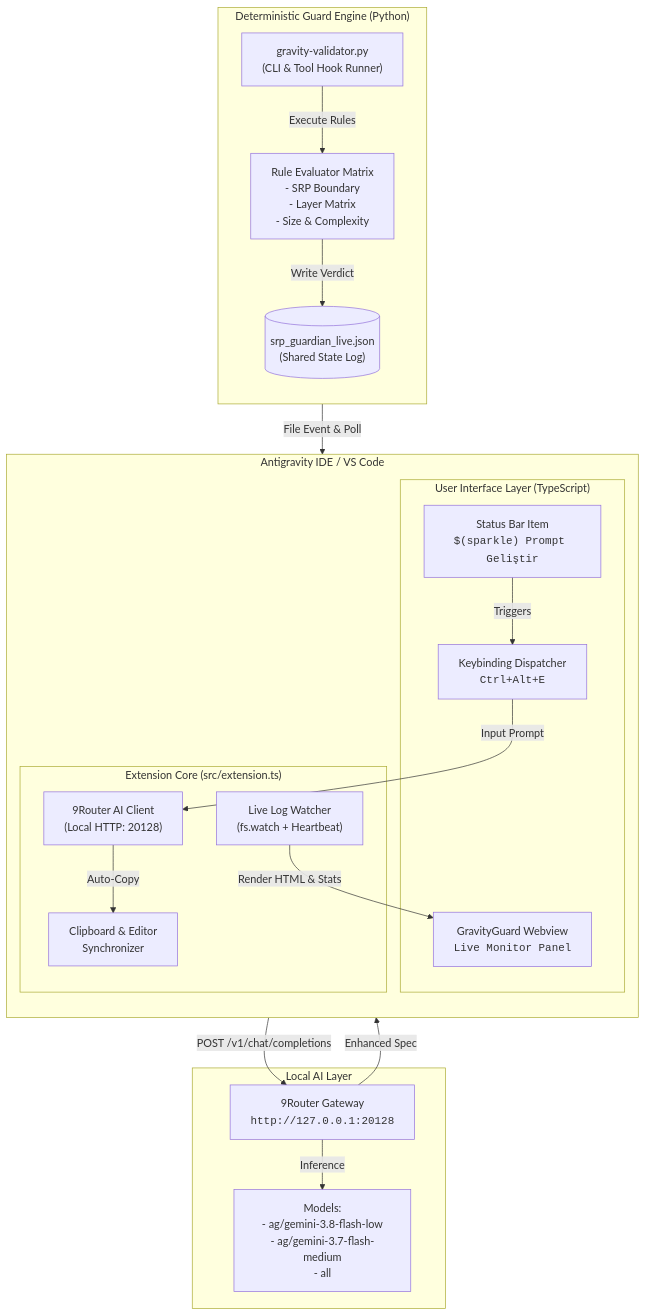
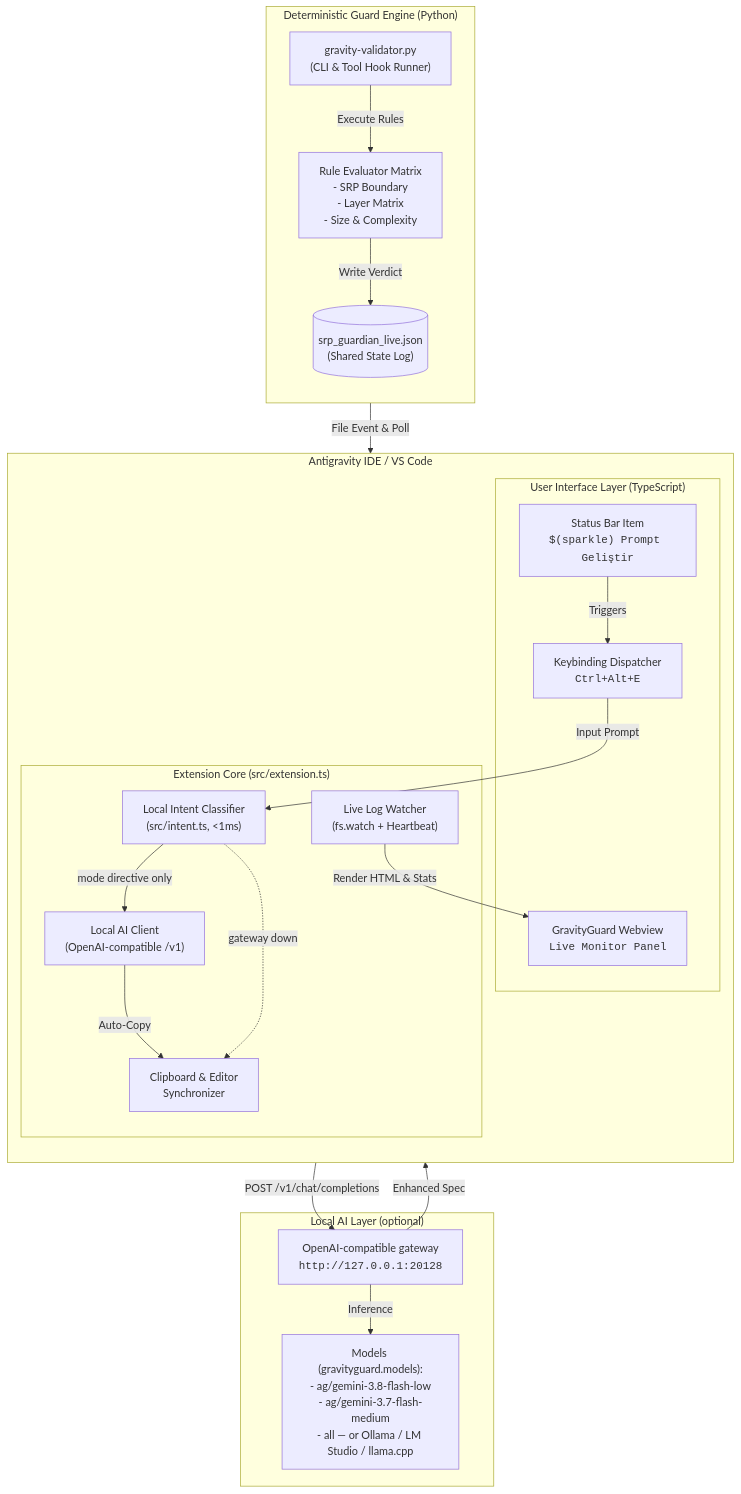
One commit to halilogia/GravityGuard changed the first of 2 diagrams in ARCHITECTURE.md. Above: the diagram before and after it, drawn with Mermaid. The commit also changed other lines of this file and 10 other files, not shown here.

````diff
--- a/ARCHITECTURE.md
+++ b/ARCHITECTURE.md
@@ -11,42 +11,45 @@
 ```mermaid
 flowchart TD
     subgraph Host IDE ["Antigravity IDE / VS Code"]
         direction TB
         subgraph UI ["User Interface Layer (TypeScript)"]
             SB["Status Bar Item<br/><code>$(sparkle) Prompt Geliştir</code>"]
             WV["GravityGuard Webview<br/><code>Live Monitor Panel</code>"]
             KB["Keybinding Dispatcher<br/><code>Ctrl+Alt+E</code>"]
         end
 
         subgraph CoreExt ["Extension Core (src/extension.ts)"]
-            RouterClient["9Router AI Client<br/>(Local HTTP: 20128)"]
+            Intent["Local Intent Classifier<br/>(src/intent.ts, &lt;1ms)"]
+            RouterClient["Local AI Client<br/>(OpenAI-compatible /v1)"]
             LogWatcher["Live Log Watcher<br/>(fs.watch + Heartbeat)"]
             ClipSync["Clipboard & Editor<br/>Synchronizer"]
         end
     end
 
     subgraph GuardEngine ["Deterministic Guard Engine (Python)"]
         direction TB
         CLI["gravity-validator.py<br/>(CLI & Tool Hook Runner)"]
         Rules["Rule Evaluator Matrix<br/>- SRP Boundary<br/>- Layer Matrix<br/>- Size & Complexity"]
         LogFile[("srp_guardian_live.json<br/>(Shared State Log)")]
     end
 
-    subgraph LLM ["Local AI Layer"]
-        NineRouter["9Router Gateway<br/><code>http://127.0.0.1:20128</code>"]
-        Models["Models:<br/>- ag/gemini-3.8-flash-low<br/>- ag/gemini-3.7-flash-medium<br/>- all"]
+    subgraph LLM ["Local AI Layer (optional)"]
+        NineRouter["OpenAI-compatible gateway<br/><code>http://127.0.0.1:20128</code>"]
+        Models["Models (gravityguard.models):<br/>- ag/gemini-3.8-flash-low<br/>- ag/gemini-3.7-flash-medium<br/>- all — or Ollama / LM Studio / llama.cpp"]
     end
 
     %% Interactions
     SB -->|Triggers| KB
-    KB -->|Input Prompt| RouterClient
+    KB -->|Input Prompt| Intent
+    Intent -->|mode directive only| RouterClient
     RouterClient -->|POST /v1/chat/completions| NineRouter
     NineRouter -->|Inference| Models
     NineRouter -->|Enhanced Spec| RouterClient
     RouterClient -->|Auto-Copy| ClipSync
+    Intent -.->|gateway down| ClipSync
 
     CLI -->|Execute Rules| Rules
     Rules -->|Write Verdict| LogFile
     LogFile -->|File Event & Poll| LogWatcher
     LogWatcher -->|Render HTML & Stats| WV
 ```
````
